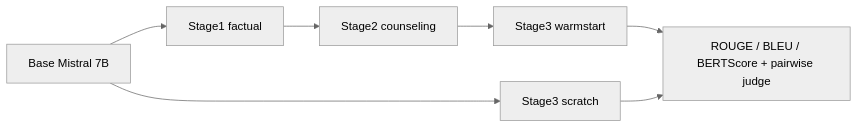
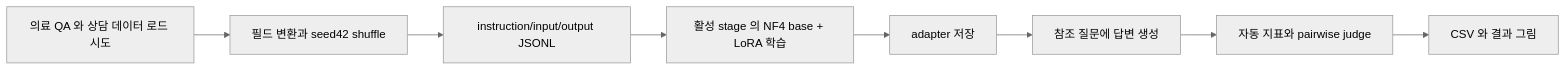
Before and after one commit to YIM551/sleep-llm-finetuning: the diagram in README.md, drawn with Mermaid (neutral theme). The commit also changed other lines of this file and 145 other files, not shown here.

````diff
--- a/README.md
+++ b/README.md
@@ -26,9 +32,10 @@
 ```mermaid
 flowchart LR
-  B[Base Mistral 7B] --> F[Stage1 factual]
-  F --> C[Stage2 counseling]
-  C --> W[Stage3 warmstart]
-  B --> S[Stage3 scratch]
-  W --> E[ROUGE / BLEU / BERTScore + pairwise judge]
-  S --> E
+  D[의료 QA 와 상담 데이터 로드 시도] --> P[필드 변환과 seed42 shuffle]
+  P --> J[instruction/input/output JSONL]
+  J --> T[활성 stage 의 NF4 base + LoRA 학습]
+  T --> A[adapter 저장]
+  A --> G[참조 질문에 답변 생성]
+  G --> M[자동 지표와 pairwise judge]
+  M --> R[CSV 와 결과 그림]
 ```
````
